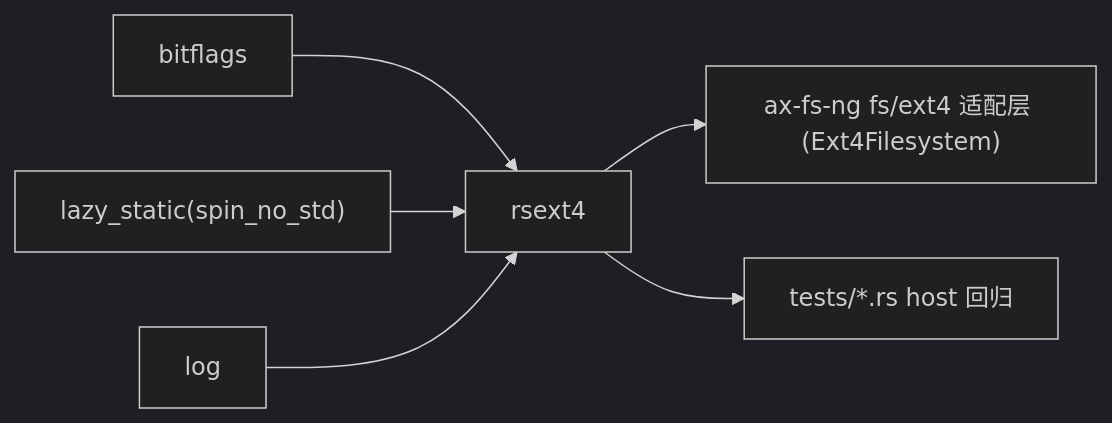
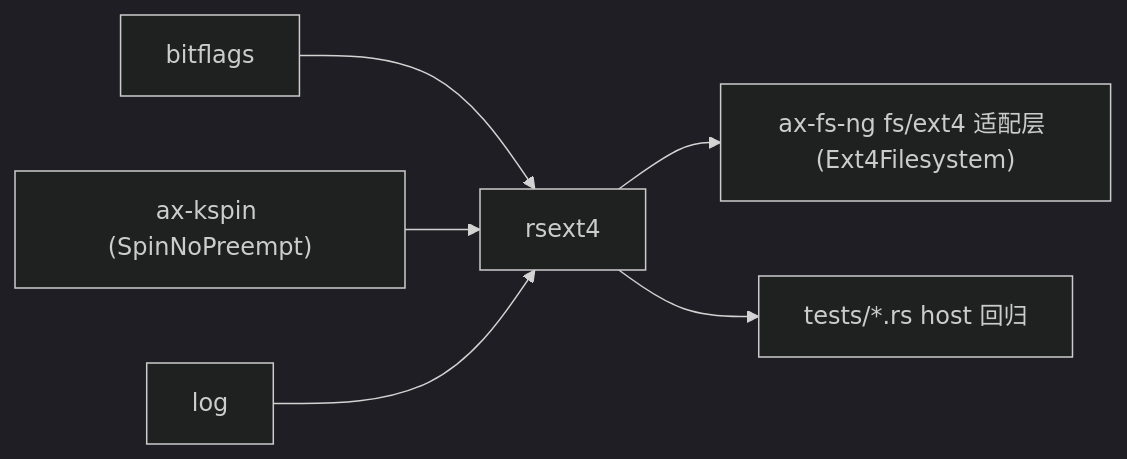
Before and after one commit to rcore-os/tgoskits: the second of 2 diagrams in docs/docs/components/crates/rsext4.md, drawn with Mermaid (dark theme). The commit also changed other lines of this file, not shown here.

````diff
--- a/docs/docs/components/crates/rsext4.md
+++ b/docs/docs/components/crates/rsext4.md
@@ -111,9 +111,9 @@
 ```mermaid
 graph LR
     bitflags["bitflags"] --> current["rsext4"]
-    lazy_static["lazy_static(spin_no_std)"] --> current
+    ax_kspin["ax-kspin (SpinNoPreempt)"] --> current
     log["log"] --> current
 
     current --> axfsng_ext4["ax-fs-ng fs/ext4 适配层 (Ext4Filesystem)"]
     current --> host_tests["tests/*.rs host 回归"]
 ```
````
